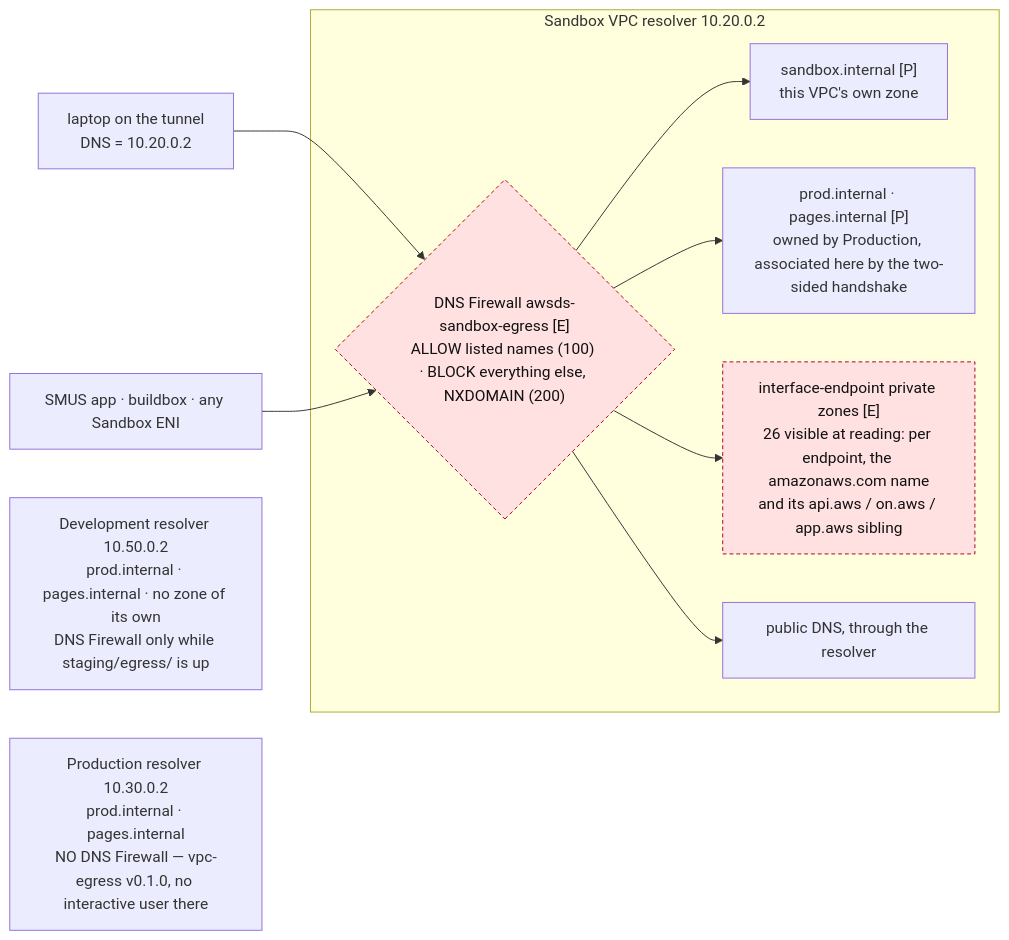
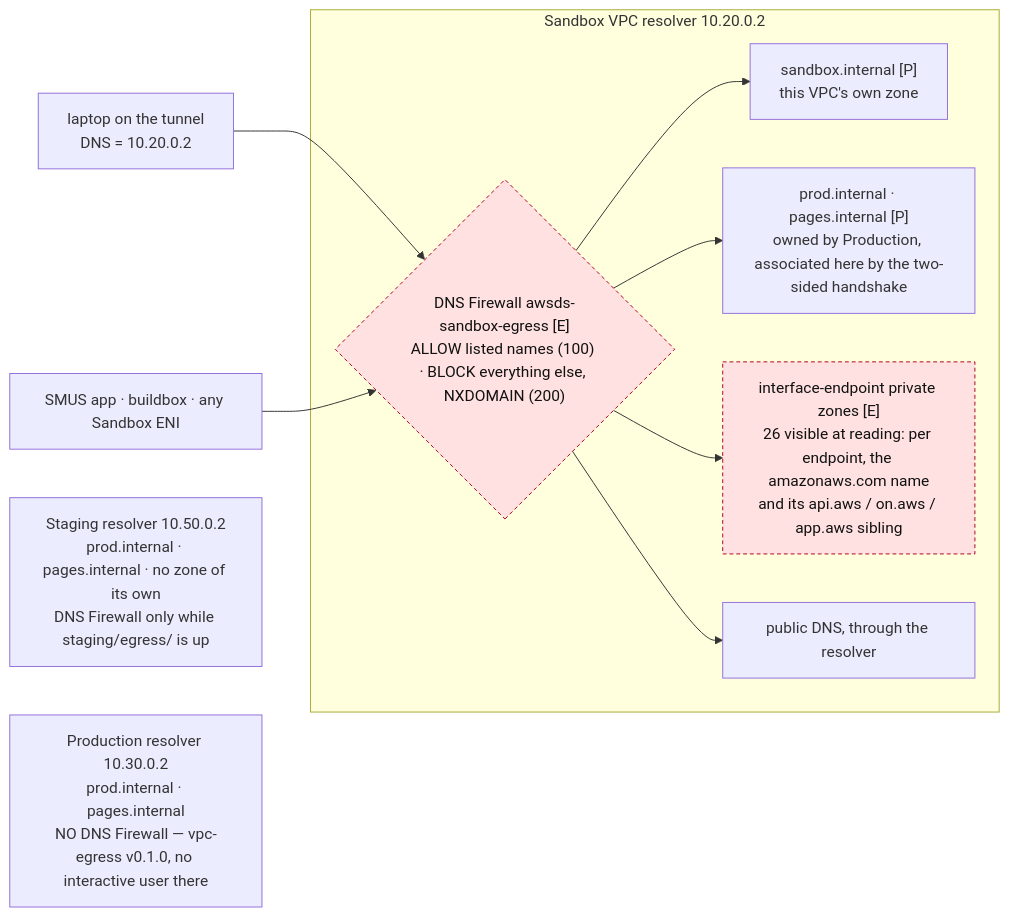
One commit to felipenoris/AWS-DataScience changed the eighth of 8 diagrams in docs/NETWORK.md. Above: the diagram before and after it, drawn with Mermaid. The commit also changed other lines of this file, not shown here.

````diff
--- a/docs/NETWORK.md
+++ b/docs/NETWORK.md
@@ -670,24 +670,24 @@
 ```mermaid
 flowchart LR
     LAP["laptop on the tunnel<br/>DNS = 10.20.0.2"]
     APP["SMUS app · buildbox · any Sandbox ENI"]
     subgraph SBXR["Sandbox VPC resolver 10.20.0.2"]
         FW{"DNS Firewall awsds-sandbox-egress [E]<br/>ALLOW listed names (100) · BLOCK everything else, NXDOMAIN (200)"}
         Z1["sandbox.internal [P]<br/>this VPC's own zone"]
         Z2["prod.internal · pages.internal [P]<br/>owned by Production, associated here by the two-sided handshake"]
         Z3["interface-endpoint private zones [E]<br/>26 visible at reading: per endpoint, the amazonaws.com name<br/>and its api.aws / on.aws / app.aws sibling"]
         PUB["public DNS, through the resolver"]
     end
-    DEVR["Development resolver 10.50.0.2<br/>prod.internal · pages.internal · no zone of its own<br/>DNS Firewall only while staging/egress/ is up"]
+    DEVR["Staging resolver 10.50.0.2<br/>prod.internal · pages.internal · no zone of its own<br/>DNS Firewall only while staging/egress/ is up"]
     PRDR["Production resolver 10.30.0.2<br/>prod.internal · pages.internal<br/>NO DNS Firewall — vpc-egress v0.1.0, no interactive user there"]
 
     LAP --> FW
     APP --> FW
     FW --> Z1
     FW --> Z2
     FW --> Z3
     FW --> PUB
 
     classDef eph fill:#ffe1e1,stroke:#b00020,color:#111,stroke-dasharray: 4 3;
     class FW,Z3 eph;
 ```
````
